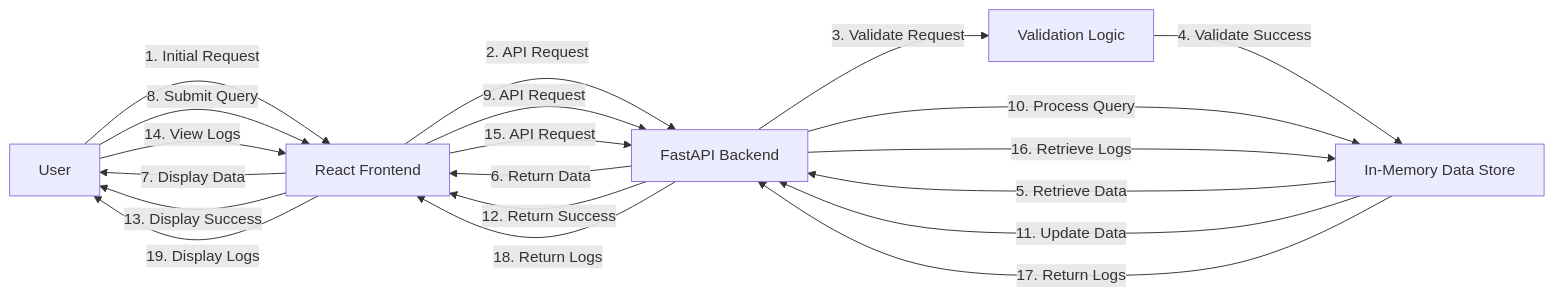
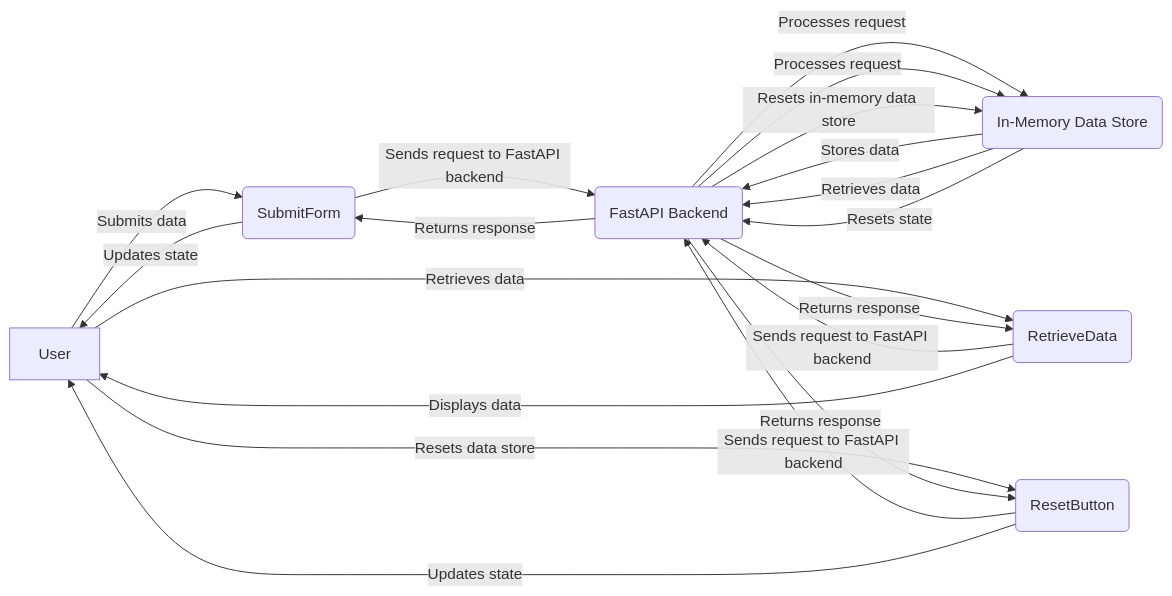
The diagram in PROJECT_DOC.md (coddyieee-sketch/ram-weather-optimizer-tool), drawn with Mermaid before and after one commit. The commit also changed other lines of this file and 6 other files, not shown here.

````diff
--- a/PROJECT_DOC.md
+++ b/PROJECT_DOC.md
@@ -8,22 +35,21 @@
 ```mermaid
 graph LR
-    A[User] -->|1. Initial Request| B[React Frontend]
-    B -->|2. API Request| C[FastAPI Backend]
-    C -->|3. Validate Request| D[Validation Logic]
-    D -->|4. Validate Success| E[In-Memory Data Store]
-    E -->|5. Retrieve Data| C
-    C -->|6. Return Data| B
-    B -->|7. Display Data| A
-    A -->|8. Submit Query| B
-    B -->|9. API Request| C
-    C -->|10. Process Query| E
-    E -->|11. Update Data| C
-    C -->|12. Return Success| B
-    B -->|13. Display Success| A
-    A -->|14. View Logs| B
-    B -->|15. API Request| C
-    C -->|16. Retrieve Logs| E
-    E -->|17. Return Logs| C
-    C -->|18. Return Logs| B
-    B -->|19. Display Logs| A
+    A[User] -->|Submits data| B(SubmitForm)
+    B -->|Sends request to FastAPI backend| C(FastAPI Backend)
+    C -->|Processes request| D(In-Memory Data Store)
+    D -->|Stores data| C
+    C -->|Returns response| B
+    B -->|Updates state| A
+    A -->|Retrieves data| E(RetrieveData)
+    E -->|Sends request to FastAPI backend| C
+    C -->|Processes request| D
+    D -->|Retrieves data| C
+    C -->|Returns response| E
+    E -->|Displays data| A
+    A -->|Resets data store| F(ResetButton)
+    F -->|Sends request to FastAPI backend| C
+    C -->|Resets in-memory data store| D
+    D -->|Resets state| C
+    C -->|Returns response| F
+    F -->|Updates state| A
 ```
````
